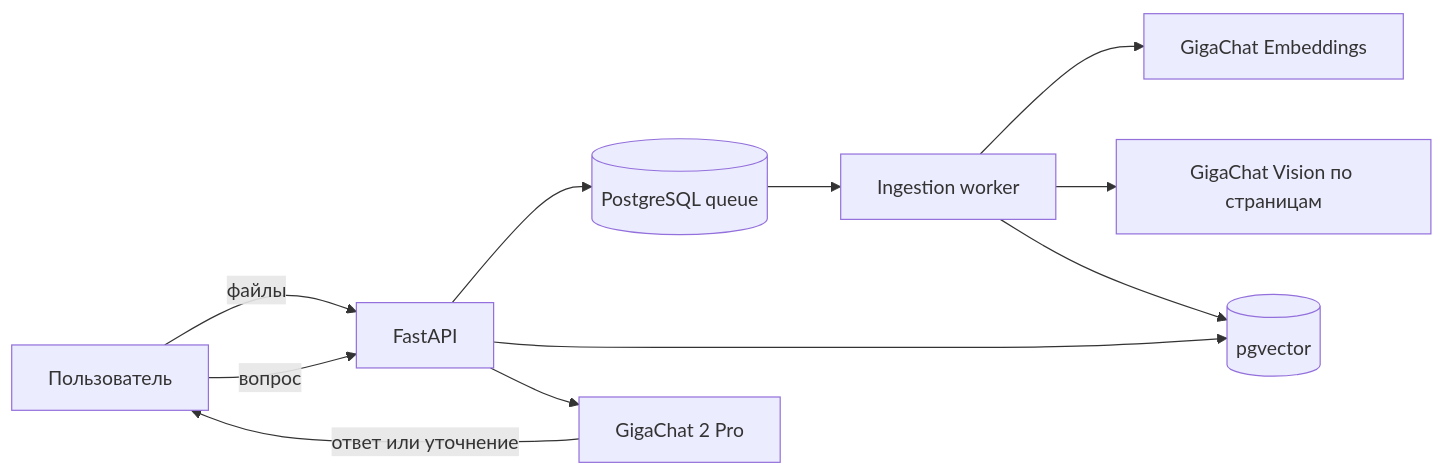
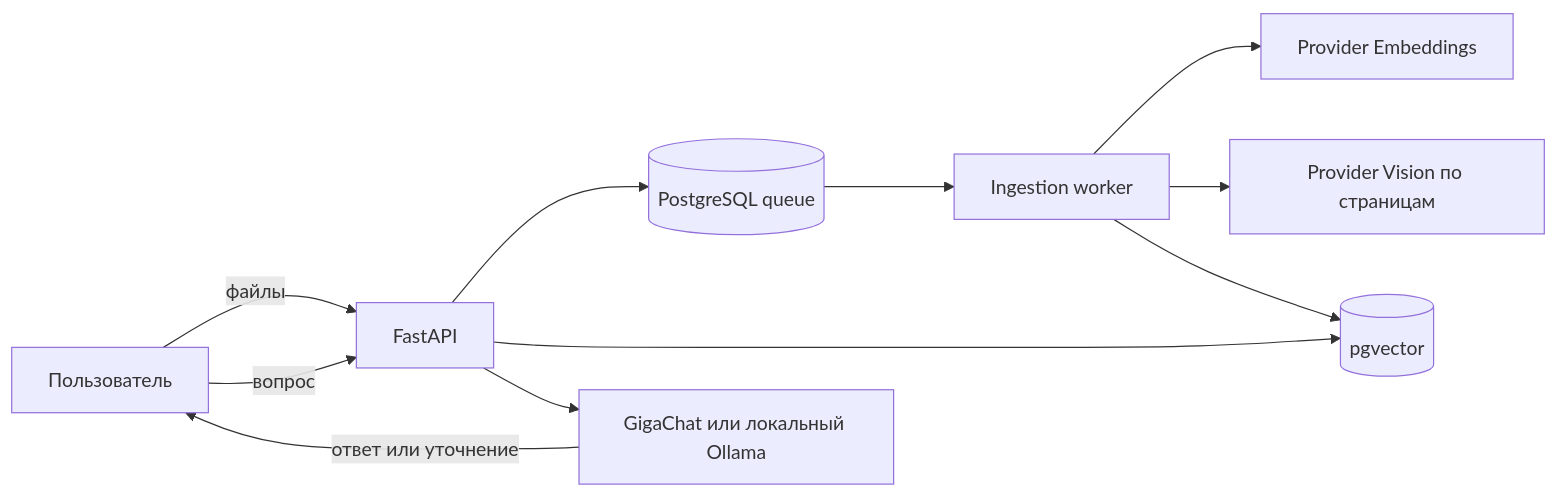
One commit to TBWTK/corporate-rag changed the diagram in README.md. Above: the diagram before and after it, drawn with Mermaid. The commit also changed other lines of this file and 22 other files, not shown here.

````diff
--- a/README.md
+++ b/README.md
@@ -20,13 +21,13 @@
 ```mermaid
 flowchart LR
   U[Пользователь] -->|файлы| API[FastAPI]
   API --> Q[(PostgreSQL queue)]
   Q --> W[Ingestion worker]
-  W --> E[GigaChat Embeddings]
-  W --> I[GigaChat Vision по страницам]
+  W --> E[Provider Embeddings]
+  W --> I[Provider Vision по страницам]
   W --> V[(pgvector)]
   U -->|вопрос| API
   API --> V
-  API --> G[GigaChat 2 Pro]
+  API --> G[GigaChat или локальный Ollama]
   G -->|ответ или уточнение| U
 ```
````
